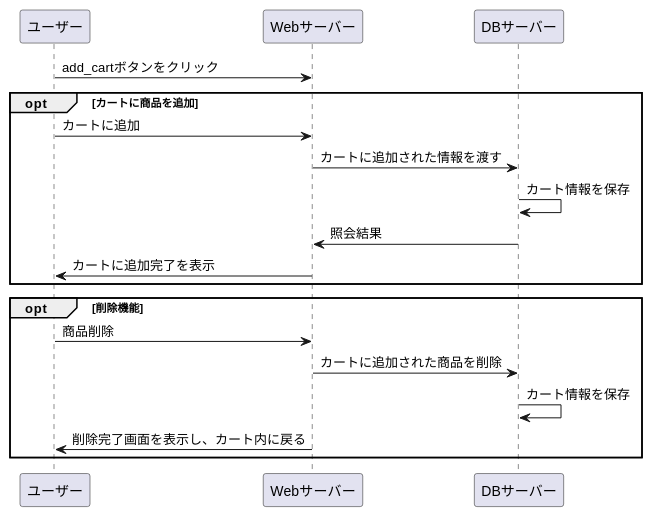
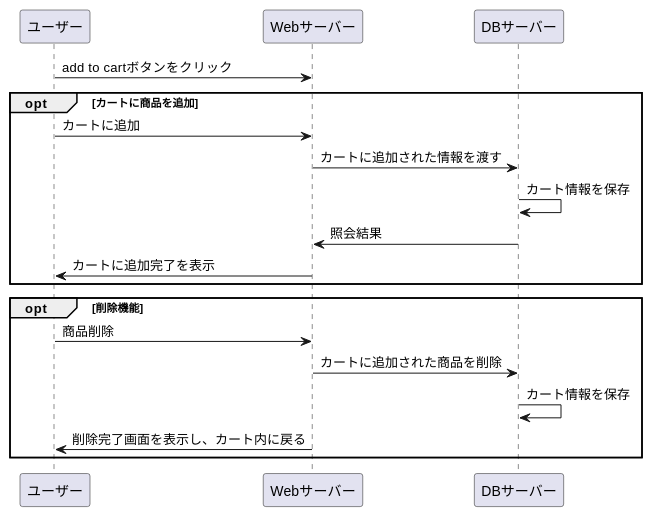
The diagram in stationary/業務フロー/カート.md (Aso2001154/2021sys-design), drawn with PlantUML before and after one commit.

````diff
--- a/stationary/業務フロー/カート.md
+++ b/stationary/業務フロー/カート.md
@@ -1,20 +1,20 @@
 ```uml
 @startuml
-ユーザー -> Webサーバー : add_cartボタンをクリック
+ユーザー -> Webサーバー : add to cartボタンをクリック
 opt カートに商品を追加
 ユーザー -> Webサーバー : カートに追加
 Webサーバー -> DBサーバー : カートに追加された情報を渡す
 DBサーバー -> DBサーバー : カート情報を保存
 DBサーバー -> Webサーバー : 照会結果
 Webサーバー -> ユーザー : カートに追加完了を表示
 end
 
 opt 削除機能
 ユーザー -> Webサーバー : 商品削除
 Webサーバー -> DBサーバー : カートに追加された商品を削除
 DBサーバー -> DBサーバー : カート情報を保存
 Webサーバー -> ユーザー : 削除完了画面を表示し、カート内に戻る
 end
 
 @enduml
 ```
````
